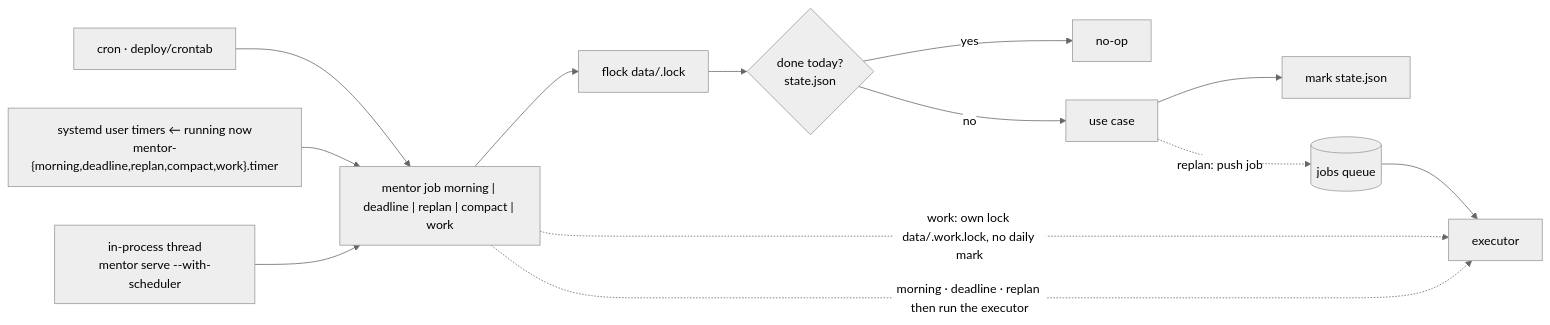
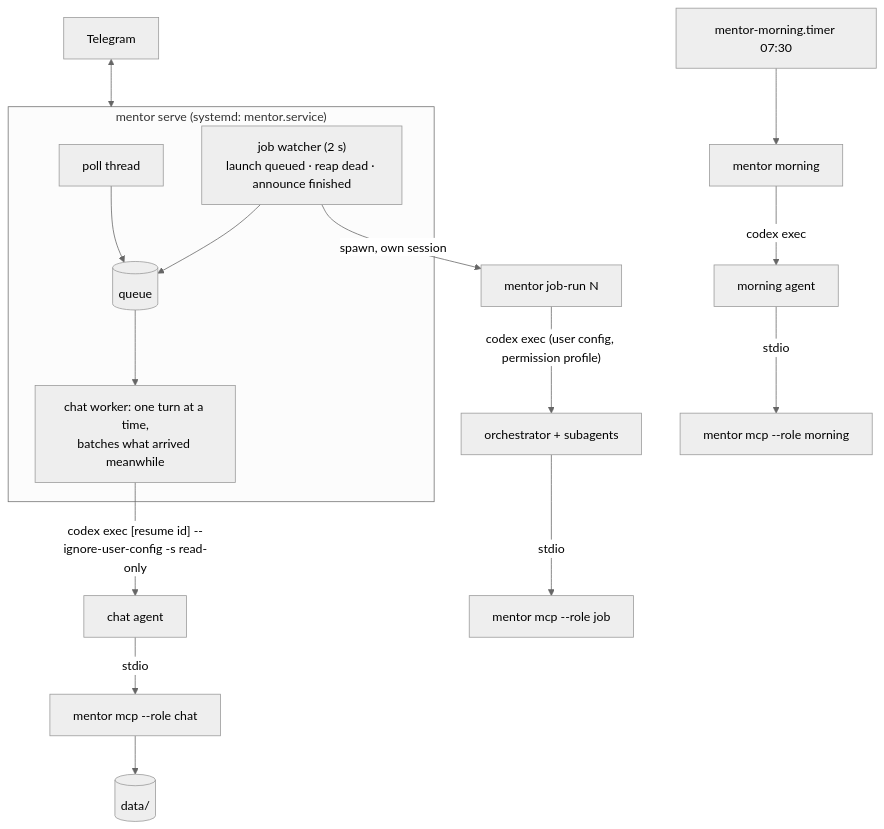
Before and after one commit to vovka/mentor-bot: the diagram in docs/ARCHITECTURE.md, drawn with Mermaid (neutral theme). The commit also changed other lines of this file and 5 other files, not shown here.

First line of the commit message:
Docs for v3: README, architecture, deploy; example settings and env

````diff
--- a/docs/ARCHITECTURE.md
+++ b/docs/ARCHITECTURE.md
@@ -340,14 +8,17 @@
 ```mermaid
-flowchart LR
-  CR[cron · deploy/crontab] --> J
-  SD["systemd user timers ← running now<br/>mentor-{morning,deadline,replan,compact,work}.timer"] --> J
-  IP["in-process thread<br/>mentor serve --with-scheduler"] --> J
-  J["mentor job morning | deadline | replan | compact | work"] --> L[flock data/.lock]
-  L --> ID{done today?<br/>state.json}
-  ID -- yes --> NO[no-op]
-  ID -- no --> RUN[use case] --> MARK[mark state.json]
-  J -. "work: own lock data/.work.lock, no daily mark" .-> WL[executor]
-  RUN -. "replan: push job" .-> QU[("jobs queue")]
-  QU --> WL
-  J -. "morning · deadline · replan then run the executor" .-> WL
+flowchart TB
+  TG[Telegram] <--> SERVE
+  subgraph SERVE["mentor serve (systemd: mentor.service)"]
+    POLL[poll thread] --> INBOX[(queue)]
+    WATCH["job watcher (2 s)<br/>launch queued · reap dead · announce finished"] --> INBOX
+    INBOX --> WORKER["chat worker: one turn at a time,<br/>batches what arrived meanwhile"]
+  end
+  WORKER -- "codex exec [resume id] --ignore-user-config -s read-only" --> CHAT[chat agent]
+  CHAT -- stdio --> MCP1["mentor mcp --role chat"]
+  MCP1 --> DATA[(data/)]
+  WATCH -- "spawn, own session" --> RUN["mentor job-run N"]
+  RUN -- "codex exec (user config, permission profile)" --> JOB[orchestrator + subagents]
+  JOB -- stdio --> MCP2["mentor mcp --role job"]
+  TIMER["mentor-morning.timer 07:30"] --> MORN["mentor morning"] -- "codex exec" --> MA[morning agent]
+  MA -- stdio --> MCP3["mentor mcp --role morning"]
 ```
````
